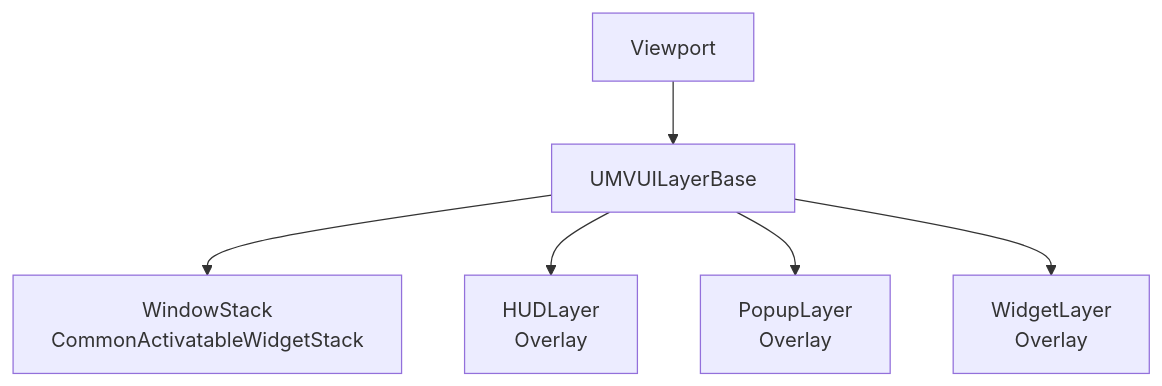
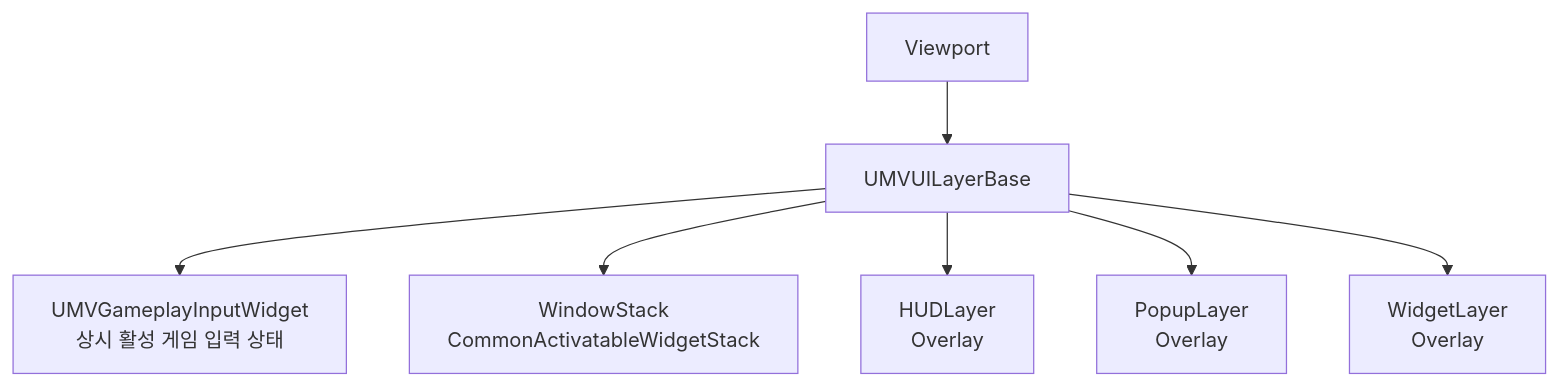
Before and after one commit to DreamersStudio3/Maverick: the diagram in docs/wiki/Features/UI-and-CommonUI/document.md, drawn with Mermaid. The commit also changed other lines of this file and 5 other files, not shown here.

````diff
--- a/docs/wiki/Features/UI-and-CommonUI/document.md
+++ b/docs/wiki/Features/UI-and-CommonUI/document.md
@@ -17,8 +18,9 @@
 ```mermaid
 flowchart TD
     Viewport["Viewport"] --> Layer["UMVUILayerBase"]
+    Layer --> GameplayInput["UMVGameplayInputWidget<br/>상시 활성 게임 입력 상태"]
     Layer --> Window["WindowStack<br/>CommonActivatableWidgetStack"]
     Layer --> HUD["HUDLayer<br/>Overlay"]
     Layer --> Popup["PopupLayer<br/>Overlay"]
     Layer --> Widget["WidgetLayer<br/>Overlay"]
 ```
````
